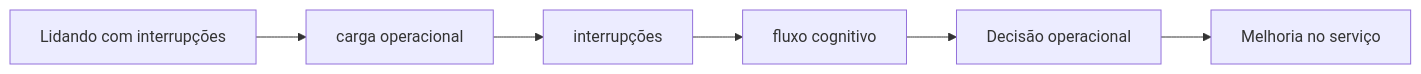
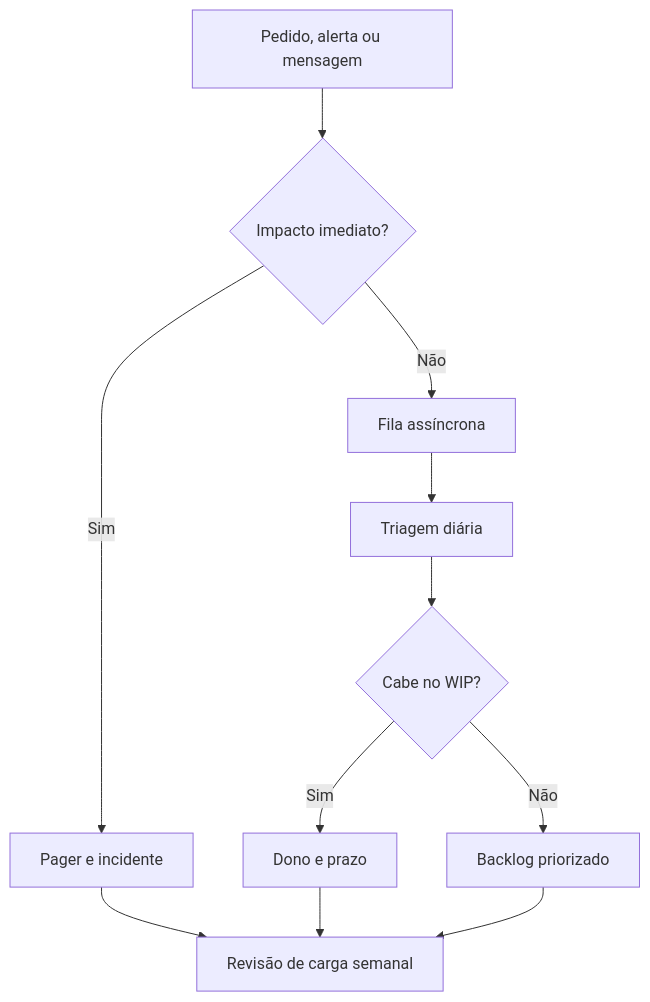
One commit to rafaelrezo/curso-engenharia-confiabilidade changed the diagram in docs/capitulos/capitulo-20.md. Above: the diagram before and after it, drawn with Mermaid. The commit also changed other lines of this file and 31 other files, not shown here.

````diff
--- a/docs/capitulos/capitulo-20.md
+++ b/docs/capitulos/capitulo-20.md
@@ -97,8 +123,13 @@
 ```mermaid
-flowchart LR
-    Tema["Lidando com interrupções"] --> C1["carga operacional"]
-    C1 --> C2["interrupções"]
-    C2 --> C3["fluxo cognitivo"]
-    C3 --> Decisao["Decisão operacional"]
-    Decisao --> Acao["Melhoria no serviço"]
+flowchart TD
+    Entrada["Pedido, alerta ou mensagem"] --> Impacto{"Impacto imediato?"}
+    Impacto -->|Sim| Pager["Pager e incidente"]
+    Impacto -->|Não| Fila["Fila assíncrona"]
+    Fila --> Triagem["Triagem diária"]
+    Triagem --> WIP{"Cabe no WIP?"}
+    WIP -->|Sim| Dono["Dono e prazo"]
+    WIP -->|Não| Backlog["Backlog priorizado"]
+    Pager --> Revisao["Revisão de carga semanal"]
+    Dono --> Revisao
+    Backlog --> Revisao
 ```
````
